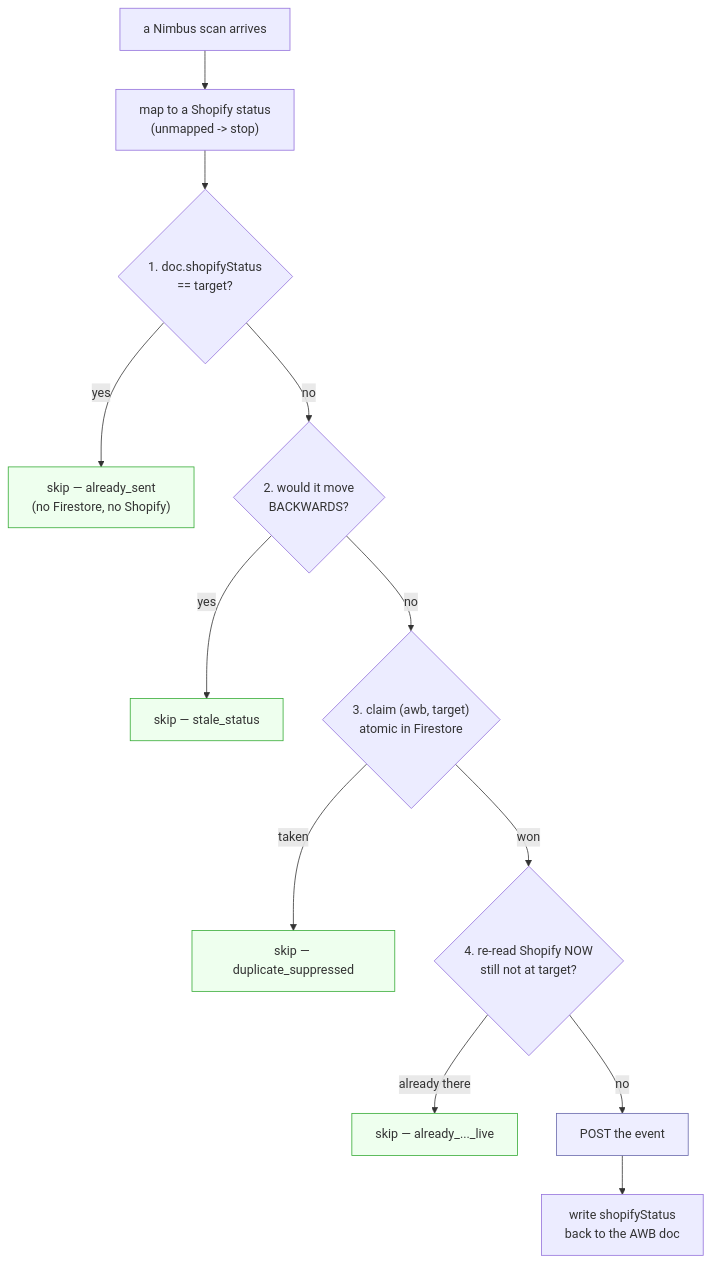
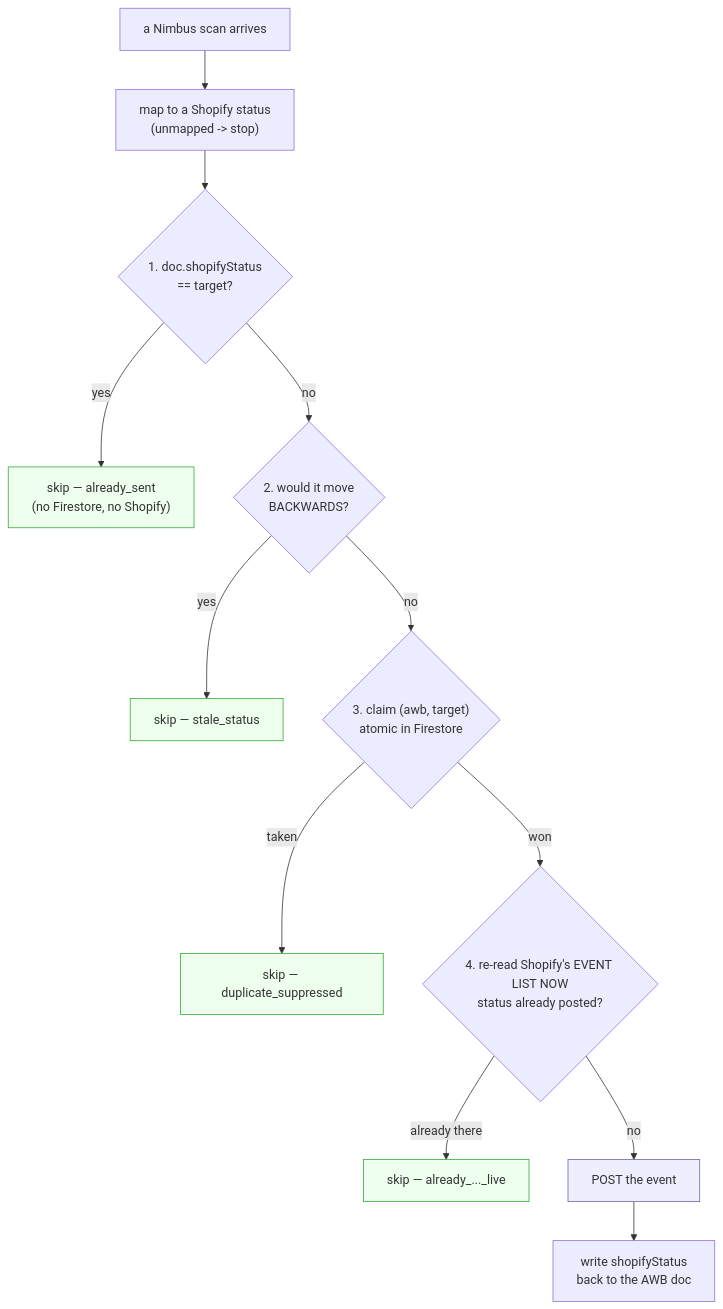
Before and after one commit to shivangrastogi-sehatup/sehatup-files: the fourth of 5 diagrams in sehatup-analytics/api/SHIPMENT-SYNC.md, drawn with Mermaid. The commit also changed other lines of this file and 6 other files, not shown here.

Commit message:
Guard 4: dedupe on Shopify's fulfillment event list, not shipment_status (stops concurrent-burst OFD/in_transit duplicates)

````diff
--- a/sehatup-analytics/api/SHIPMENT-SYNC.md
+++ b/sehatup-analytics/api/SHIPMENT-SYNC.md
@@ -191,20 +191,20 @@
 ```mermaid
 flowchart TD
     S["a Nimbus scan arrives"] --> M["map to a Shopify status<br/>(unmapped -> stop)"]
     M --> G1{"1. doc.shopifyStatus<br/>== target?"}
     G1 -->|yes| X1["skip — already_sent<br/>(no Firestore, no Shopify)"]
     G1 -->|no| G2{"2. would it move<br/>BACKWARDS?"}
     G2 -->|yes| X2["skip — stale_status"]
     G2 -->|no| G3{"3. claim (awb, target)<br/>atomic in Firestore"}
     G3 -->|taken| X3["skip — duplicate_suppressed"]
-    G3 -->|won| G4{"4. re-read Shopify NOW<br/>still not at target?"}
+    G3 -->|won| G4{"4. re-read Shopify's EVENT LIST NOW<br/>status already posted?"}
     G4 -->|already there| X4["skip — already_..._live"]
     G4 -->|no| P["POST the event"]
     P --> W["write shopifyStatus<br/>back to the AWB doc"]
 
     style X1 fill:#efe,stroke:#3a3
     style X2 fill:#efe,stroke:#3a3
     style X3 fill:#efe,stroke:#3a3
     style X4 fill:#efe,stroke:#3a3
     style P fill:#eef,stroke:#66a
 ```
````
